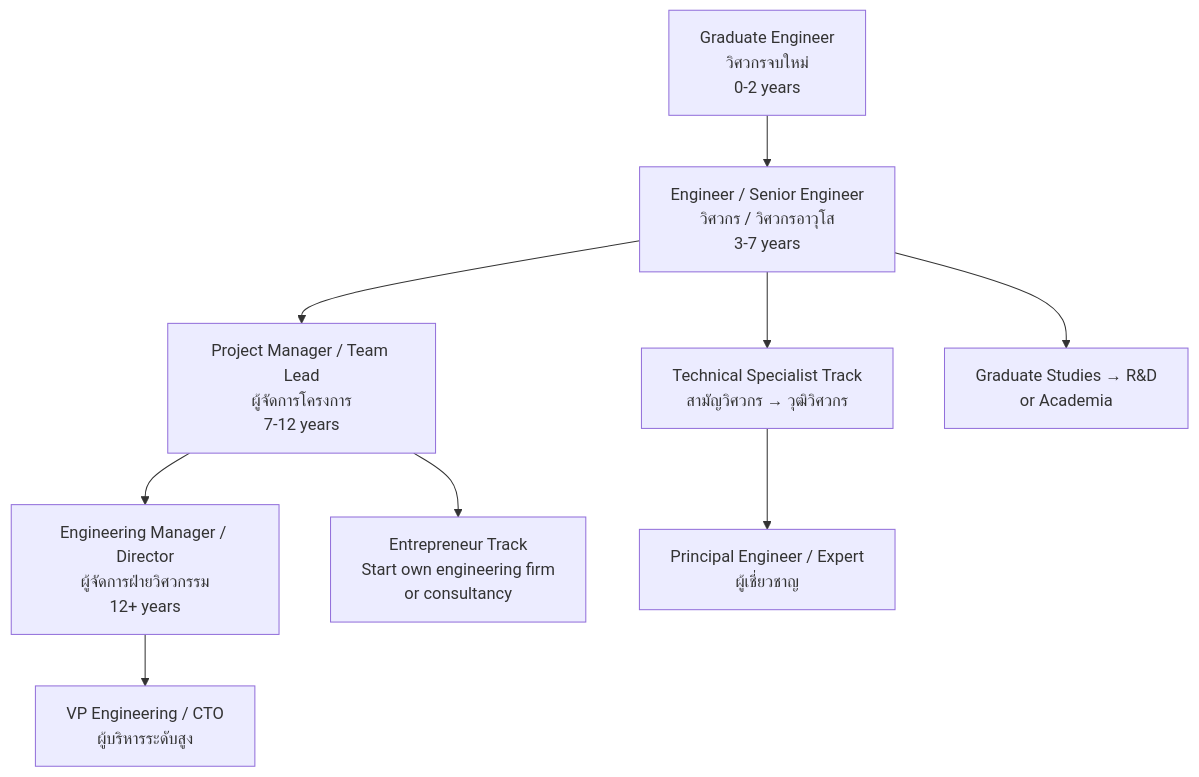
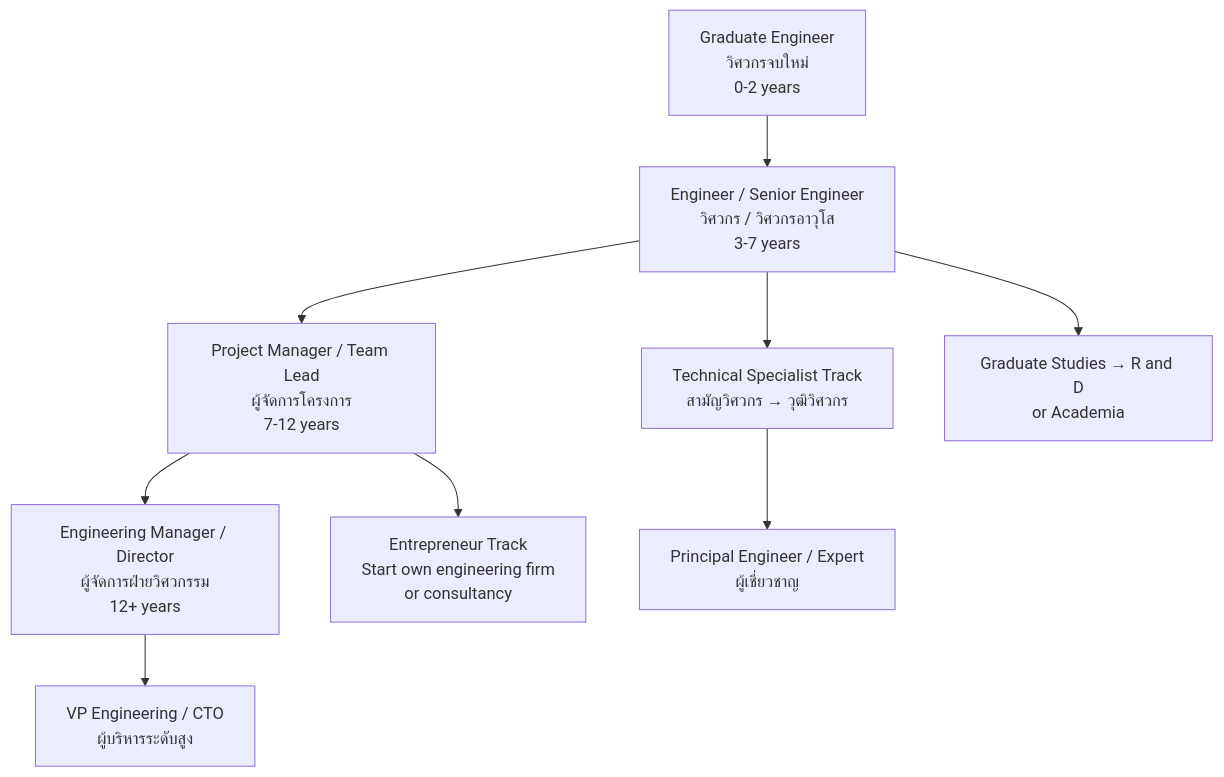
One commit to oat431/general-knowledge changed the diagram in career/engineer/07_University_Guide_and_Career_Paths.md. Above: the diagram before and after it, drawn with Mermaid. The commit also changed 29 other files, not shown here.

Commit message:
vault backup: 2026-07-28 00:14:47: add lawyer note and fix a error diagram

````diff
--- a/career/engineer/07_University_Guide_and_Career_Paths.md
+++ b/career/engineer/07_University_Guide_and_Career_Paths.md
@@ -185,11 +185,11 @@
 ```mermaid
-graph TD
+flowchart TD
     A["Graduate Engineer<br/>วิศวกรจบใหม่<br/>0-2 years"] --> B["Engineer / Senior Engineer<br/>วิศวกร / วิศวกรอาวุโส<br/>3-7 years"]
     B --> C["Project Manager / Team Lead<br/>ผู้จัดการโครงการ<br/>7-12 years"]
     C --> D["Engineering Manager / Director<br/>ผู้จัดการฝ่ายวิศวกรรม<br/>12+ years"]
     D --> E["VP Engineering / CTO<br/>ผู้บริหารระดับสูง"]
     B --> F["Technical Specialist Track<br/>สามัญวิศวกร → วุฒิวิศวกร"]
     F --> G["Principal Engineer / Expert<br/>ผู้เชี่ยวชาญ"]
     C --> H["Entrepreneur Track<br/>Start own engineering firm<br/>or consultancy"]
-    B --> I["Graduate Studies → R&D<br/>or Academia"]
+    B --> I["Graduate Studies → R and D<br/>or Academia"]
 ```
````
